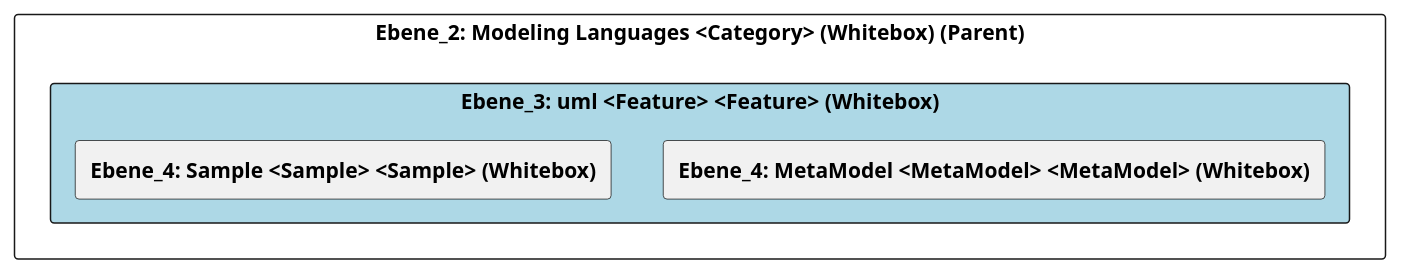
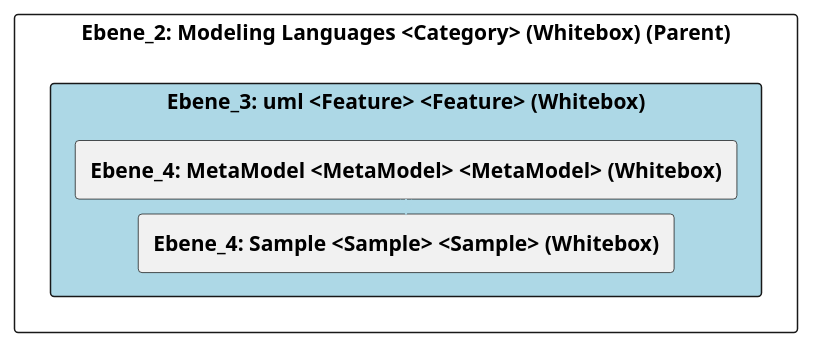
Before and after one commit to marcozwyssig/cleon: the diagram in doc/cleonproject_deliverables_architecture_model_architecture/adoc/de/05_bausteinsicht/cleon/modeling_languages/uml/ebene_3_uml.adoc, drawn with PlantUML. The commit also changed other lines of this file and 214 other files, not shown here.

```diff
--- a/doc/cleonproject_deliverables_architecture_model_architecture/adoc/de/05_bausteinsicht/cleon/modeling_languages/uml/ebene_3_uml.adoc
+++ b/doc/cleonproject_deliverables_architecture_model_architecture/adoc/de/05_bausteinsicht/cleon/modeling_languages/uml/ebene_3_uml.adoc
@@ -20,25 +20,28 @@
 [plantuml, Ebene_3: uml <Feature> <Feature> (Whitebox)BlockOverview, format="svg"]
 ----
 @startuml Ebene_3: uml <Feature> <Feature> (Whitebox)BuildingBlockOverview
 
 skinparam ranksep 10
 skinparam componentStyle rectangle
 skinparam shadowing false
 skinparam arrowColor lightblue
 skinparam arrowThickness 1.2
 skinparam rectangle {
   BackgroundColor White
   BorderColor #333
   RoundCorner 10
 }
 top to bottom direction
 
 component "Ebene_2: Modeling Languages <Category> (Whitebox) (Parent)" {
     component "Ebene_3: uml <Feature> <Feature> (Whitebox)" #lightblue {
         [**Ebene_4: MetaModel <MetaModel> <MetaModel> (Whitebox)**] as 4A56DE3E_D579_11EE_903E_9F564E4DE07E
         [**Ebene_4: Sample <Sample> <Sample> (Whitebox)**] as 5CCD92AB_DE54_11EF_81C7_3391F050ADDB
     }
+
+    4A56DE3E_D579_11EE_903E_9F564E4DE07E -down-> 5CCD92AB_DE54_11EF_81C7_3391F050ADDB
+    
 }
 
 @enduml
 ----
```
